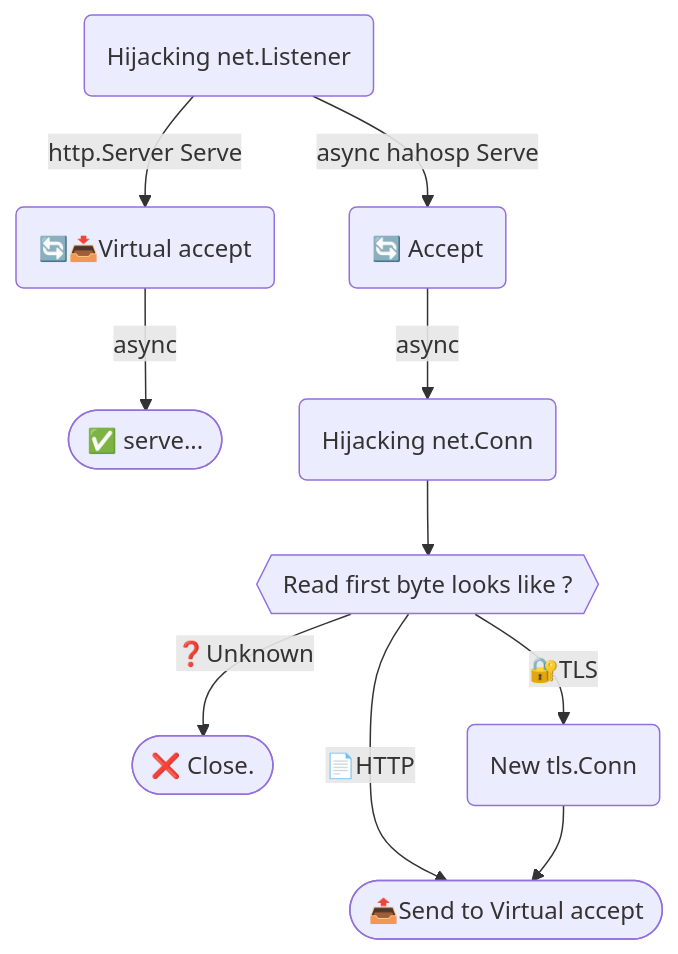
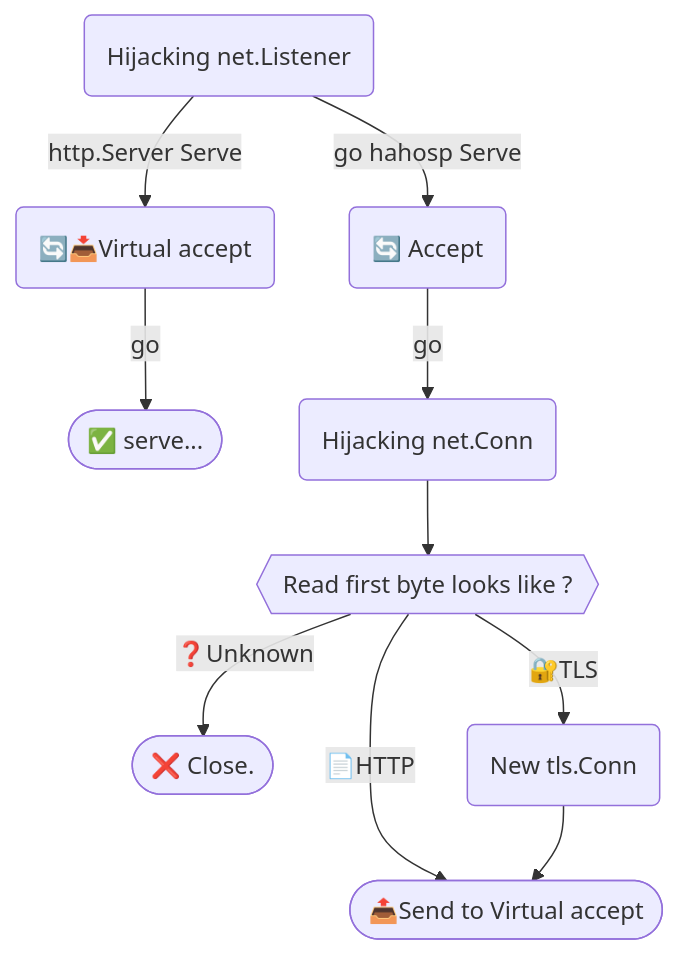
One commit to bddjr/hahosp changed the diagram in README.md. Above: the diagram before and after it, drawn with Mermaid.

````diff
--- a/README.md
+++ b/README.md
@@ -48,18 +48,18 @@
 ```mermaid
 flowchart TD
 	VirtualListener("Hijacking net.Listener")
     VirtualAccept("🔄📥Virtual accept")
     Accept("🔄 Accept")
     Serve(["✅ serve..."])
 	LooksLike{{"Read first byte looks like ?"}}
 	Close(["❌ Close."])
     HijackingNetConn("Hijacking net.Conn")
     SentToVA(["📤Send to Virtual accept"])
     NewTLS("New tls.Conn")
 
-    VirtualListener -- "http.Server Serve" --> VirtualAccept -- "async" --> Serve
-    VirtualListener -- "async hahosp Serve" --> Accept -- "async"  --> HijackingNetConn --> LooksLike
+    VirtualListener -- "http.Server Serve" --> VirtualAccept -- "go" --> Serve
+    VirtualListener -- "go hahosp Serve" --> Accept -- "go"  --> HijackingNetConn --> LooksLike
     LooksLike -- "❓Unknown" --> Close
     LooksLike -- "📄HTTP" --> SentToVA
     LooksLike -- "🔐TLS" --> NewTLS --> SentToVA
 ```
````
